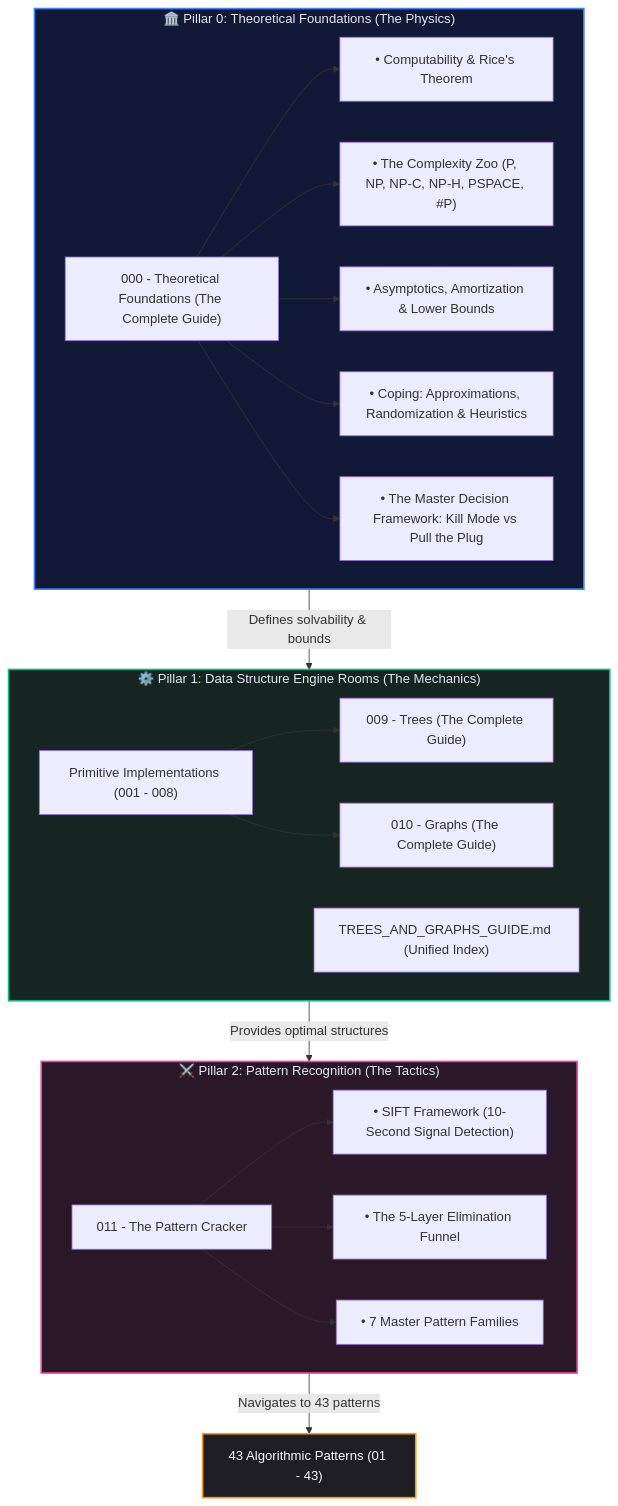
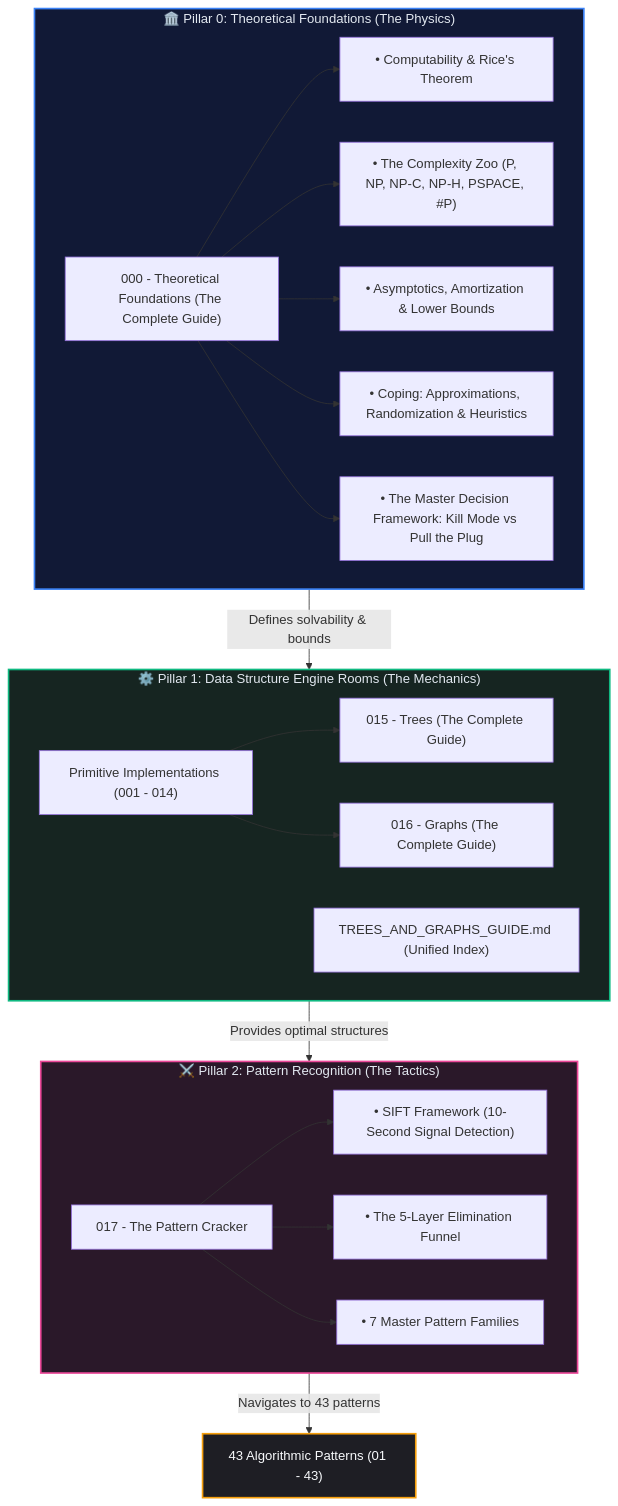
Before and after one commit to vadde/DSA: the diagram in 00 - Fundamentals/README.md, drawn with Mermaid. The commit also changed other lines of this file and 46 other files, not shown here.

````diff
--- a/00 - Fundamentals/README.md
+++ b/00 - Fundamentals/README.md
@@ -13,44 +13,44 @@
 ```mermaid
 flowchart TD
     subgraph P0["🏛️ Pillar 0: Theoretical Foundations (The Physics)"]
         TF0["000 - Theoretical Foundations (The Complete Guide)"]
         TF1["• Computability & Rice's Theorem"]
         TF2["• The Complexity Zoo (P, NP, NP-C, NP-H, PSPACE, #P)"]
         TF3["• Asymptotics, Amortization & Lower Bounds"]
         TF4["• Coping: Approximations, Randomization & Heuristics"]
         TF5["• The Master Decision Framework: Kill Mode vs Pull the Plug"]
         TF0 --> TF1
         TF0 --> TF2
         TF0 --> TF3
         TF0 --> TF4
         TF0 --> TF5
     end
 
     subgraph P1["⚙️ Pillar 1: Data Structure Engine Rooms (The Mechanics)"]
-        DS1["Primitive Implementations (001 - 008)"]
-        DS2["009 - Trees (The Complete Guide)"]
-        DS3["010 - Graphs (The Complete Guide)"]
+        DS1["Primitive Implementations (001 - 014)"]
+        DS2["015 - Trees (The Complete Guide)"]
+        DS3["016 - Graphs (The Complete Guide)"]
         DS4["TREES_AND_GRAPHS_GUIDE.md (Unified Index)"]
         DS1 --> DS2
         DS1 --> DS3
     end
 
     subgraph P2["⚔️ Pillar 2: Pattern Recognition (The Tactics)"]
-        PC["011 - The Pattern Cracker"]
+        PC["017 - The Pattern Cracker"]
         PC1["• SIFT Framework (10-Second Signal Detection)"]
         PC2["• The 5-Layer Elimination Funnel"]
         PC3["• 7 Master Pattern Families"]
         PC --> PC1
         PC --> PC2
         PC --> PC3
     end
 
     P0 -->|"Defines solvability & bounds"| P1
     P1 -->|"Provides optimal structures"| P2
     P2 -->|"Navigates to 43 patterns"| PATT["43 Algorithmic Patterns (01 - 43)"]
 
     style P0 fill:#111936,color:#e2e8f0,stroke:#3b82f6,stroke-width:2px
     style P1 fill:#162521,color:#e2e8f0,stroke:#10b981,stroke-width:2px
     style P2 fill:#2a1829,color:#e2e8f0,stroke:#ec4899,stroke-width:2px
     style PATT fill:#1e1e24,color:#f8fafc,stroke:#f59e0b,stroke-width:2px
 ```
````
